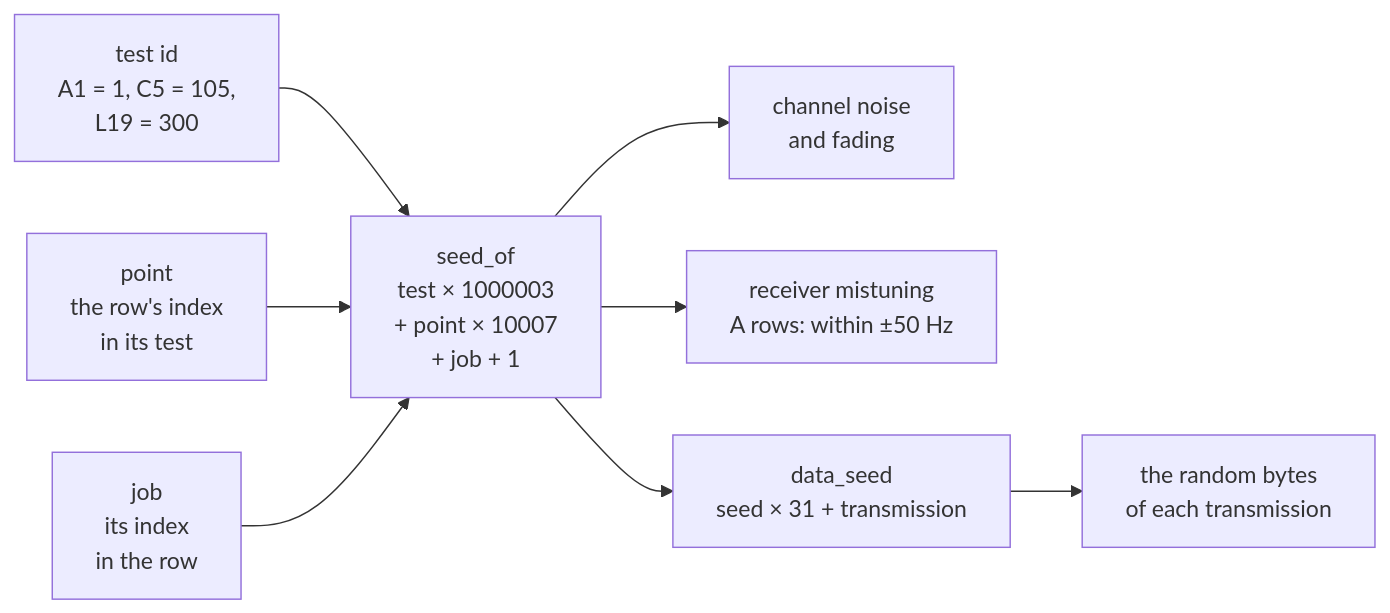
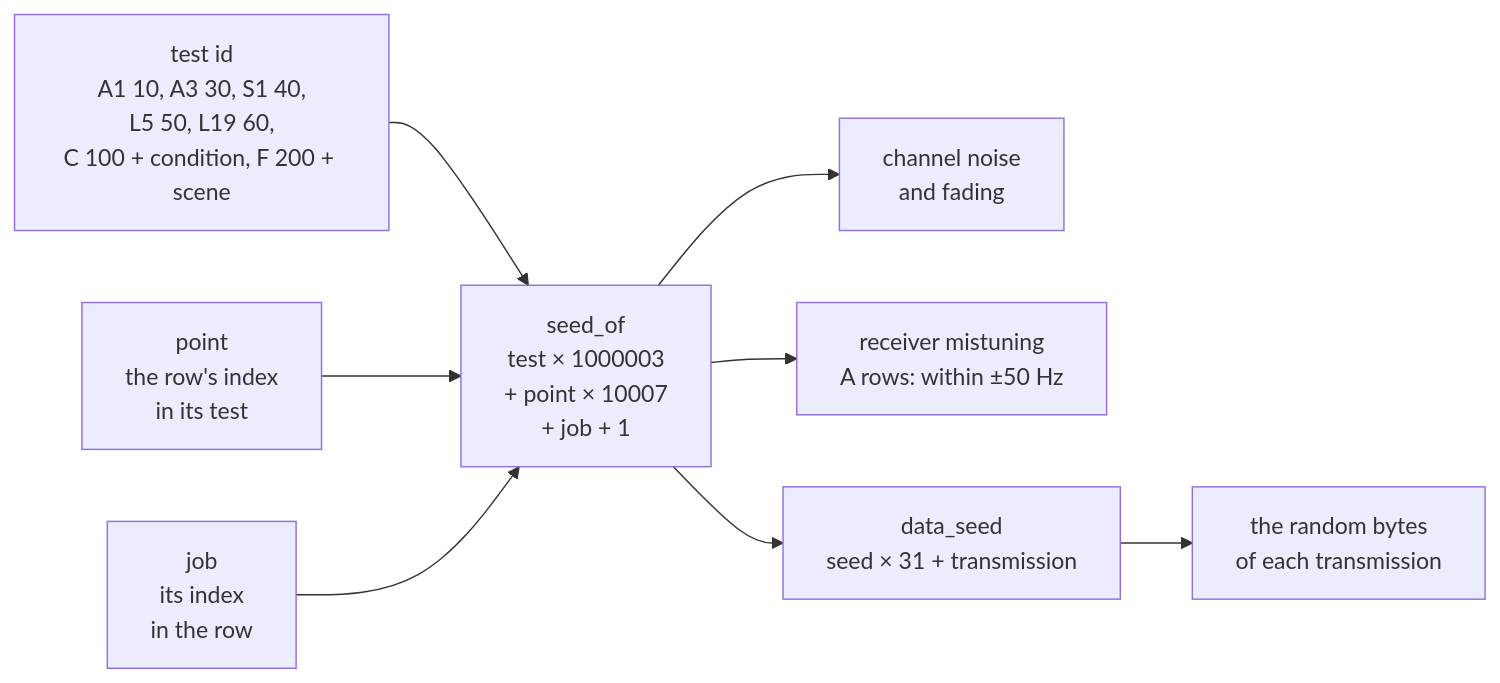
The eighth of 10 diagrams in docs/testing.md (solariun/unlimited), drawn with Mermaid before and after one commit. The commit also changed other lines of this file and 76 other files, not shown here.

````diff
--- a/docs/testing.md
+++ b/docs/testing.md
@@ -1073,10 +807,10 @@
 ```mermaid
 flowchart LR
-    tid["test id<br/>A1 = 1, C5 = 105,<br/>L19 = 300"] --> sd["seed_of<br/>test × 1000003<br/>+ point × 10007<br/>+ job + 1"]
+    tid["test id<br/>A1 10, A3 30, S1 40,<br/>L5 50, L19 60,<br/>C 100 + condition, F 200 + scene"] --> sd["seed_of<br/>test × 1000003<br/>+ point × 10007<br/>+ job + 1"]
     pid["point<br/>the row's index<br/>in its test"] --> sd
     jid["job<br/>its index<br/>in the row"] --> sd
     sd --> noise["channel noise<br/>and fading"]
     sd --> mis["receiver mistuning<br/>A rows: within ±50 Hz"]
     sd --> dsd["data_seed<br/>seed × 31 + transmission"]
     dsd --> bytes["the random bytes<br/>of each transmission"]
 ```
````
